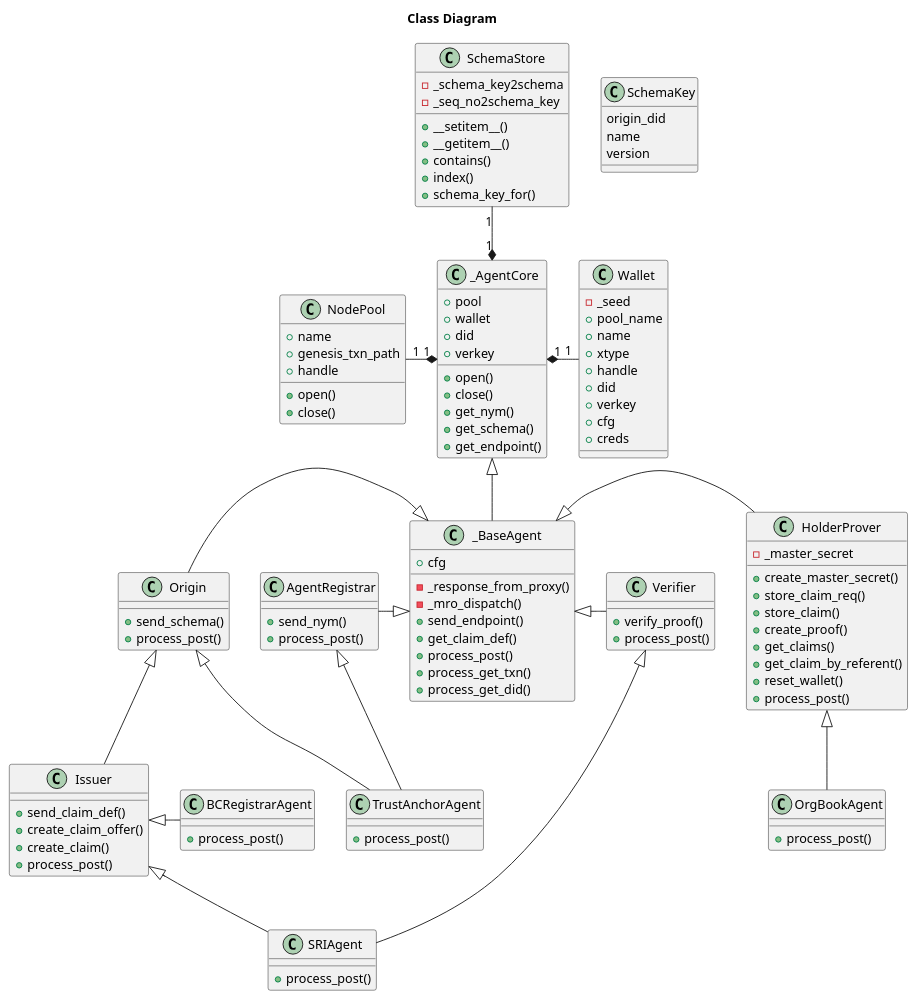
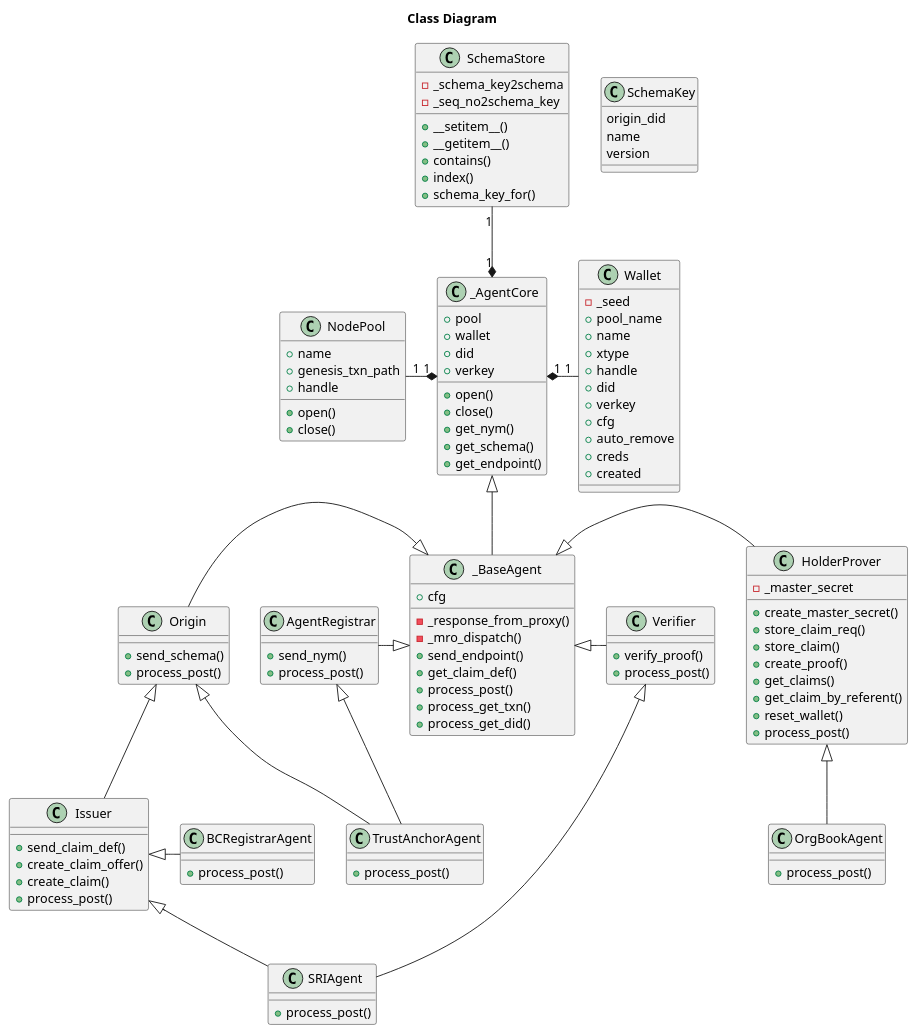
Before and after one commit to PSPC-SPAC-buyandsell/von_base: the diagram in doc/pic/src/class.puml, drawn with PlantUML. The commit also changed 2 other files, not shown here.

```diff
--- a/doc/pic/src/class.puml
+++ b/doc/pic/src/class.puml
@@ -1,150 +1,152 @@
 @startuml
 /'
 Copyright 2017-2018 Government of Canada - Public Services and Procurement Canada - buyandsell.gc.ca
 
 Licensed under the Apache License, Version 2.0 (the "License");
 you may not use this file except in compliance with the License.
 You may obtain a copy of the License at
 
 http://www.apache.org/licenses/LICENSE-2.0
 
 Unless required by applicable law or agreed to in writing, software
 distributed under the License is distributed on an "AS IS" BASIS,
 WITHOUT WARRANTIES OR CONDITIONS OF ANY KIND, either express or implied.
 See the License for the specific language governing permissions and
 limitations under the License.
 '/
 
 title Class Diagram
 
 class SchemaKey {
     origin_did
     name
     version
 }
 
 class SchemaStore {
     -_schema_key2schema
     -_seq_no2schema_key
     +__setitem__()
     +__getitem__()
     +contains()
     +index()
     +schema_key_for()
 }
 
 class Wallet {
     -_seed
     +pool_name
     +name
     +xtype
     +handle
     +did
     +verkey
     +cfg
+    +auto_remove
     +creds
+    +created
 }
 
 class NodePool {
     +name
     +genesis_txn_path
     +handle
     +open()
     +close()
 }
 
 class _AgentCore {
     +pool
     +wallet
     +did
     +verkey
     +open()
     +close()
     +get_nym()
     +get_schema()
     +get_endpoint()
 }
 
 class _BaseAgent {
     +cfg
     -_response_from_proxy()
     -_mro_dispatch()
     +send_endpoint()
     +get_claim_def()
     +process_post()
     +process_get_txn()
     +process_get_did()
 }
 
 class AgentRegistrar {
     +send_nym()
     +process_post()
 }
 
 class Origin {
     +send_schema()
     +process_post()
 }
 
 class Issuer {
     +send_claim_def()
     +create_claim_offer()
     +create_claim()
     +process_post()
 }
 
 class HolderProver {
     -_master_secret
     +create_master_secret()
     +store_claim_req()
     +store_claim()
     +create_proof()
     +get_claims()
     +get_claim_by_referent()
     +reset_wallet()
     +process_post()
 }
 
 class Verifier {
     +verify_proof()
     +process_post()
 }
 
 class TrustAnchorAgent {
     +process_post()
 }
 
 class SRIAgent {
     +process_post()
 }
 
 class BCRegistrarAgent {
     +process_post()
 }
 
 class OrgBookAgent {
     +process_post()
 }
 
 _AgentCore "1" *-up- "1" SchemaStore
 _AgentCore "1" *-left- "1" NodePool
 _AgentCore "1" *-right- "1" Wallet
 
 _AgentCore <|-down- _BaseAgent
 _BaseAgent <|-left- AgentRegistrar
 _BaseAgent <|-left- Origin
 _BaseAgent <|-right- HolderProver
 _BaseAgent <|-right- Verifier
 
 AgentRegistrar <|-down- TrustAnchorAgent
 Origin <|-down- TrustAnchorAgent
 Origin <|-down- Issuer
 
 Issuer <|-down- SRIAgent
 Verifier <|-down- SRIAgent
 
 Issuer <|- BCRegistrarAgent
 
 HolderProver <|-down- OrgBookAgent
 
 @enduml
```
